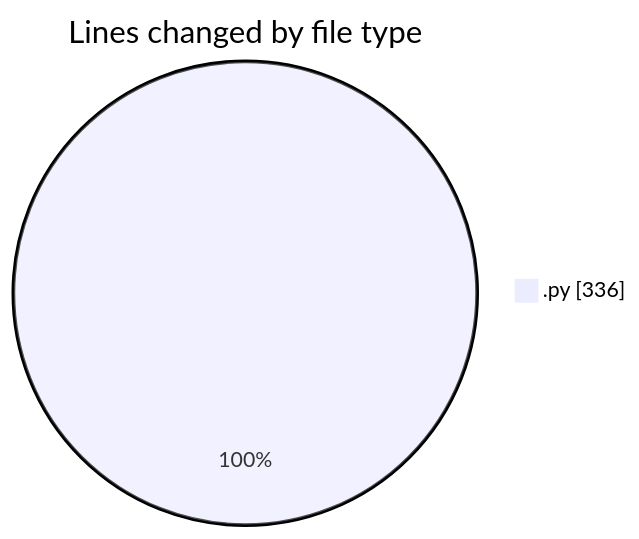
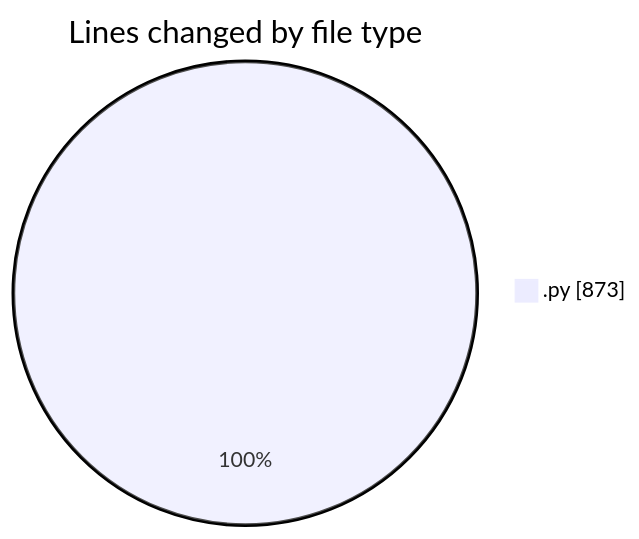
The first of 2 diagrams in 2025-03-18/myws__workspace_/README.md (MatusMokan/code-tracking), drawn with Mermaid before and after one commit. The commit also changed other lines of this file and 1 other file, not shown here.

````diff
--- a/2025-03-18/myws__workspace_/README.md
+++ b/2025-03-18/myws__workspace_/README.md
@@ -21,5 +22,5 @@
 ```mermaid
 pie showData
 title Lines changed by file type
-".py" : 336
+".py" : 873
 ```
````
